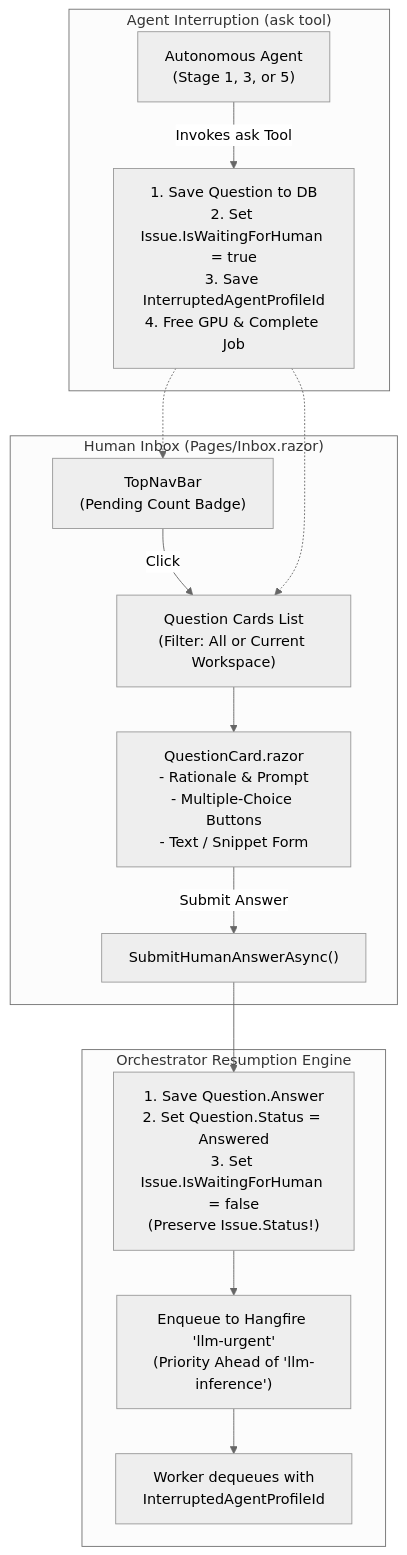
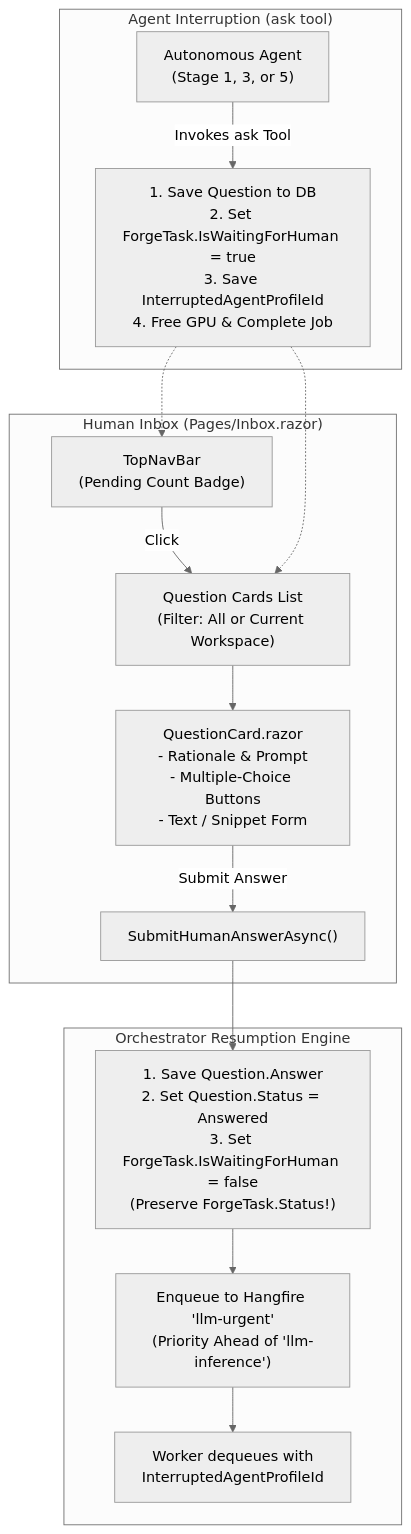
The diagram in docs/plan/phase-5/STEP_5_6_HUMAN_IN_THE_LOOP_INBOX.md (jetelain/NightCodeForge), drawn with Mermaid (neutral theme) before and after one commit. The commit also changed other lines of this file and 151 other files, not shown here.

Commit message:
Issue -> Task

````diff
--- a/docs/plan/phase-5/STEP_5_6_HUMAN_IN_THE_LOOP_INBOX.md
+++ b/docs/plan/phase-5/STEP_5_6_HUMAN_IN_THE_LOOP_INBOX.md
@@ -31,21 +31,21 @@
 ```mermaid
 flowchart TD
     subgraph AgentInterruption ["Agent Interruption (ask tool)"]
-        Agent["Autonomous Agent\n(Stage 1, 3, or 5)"] -->|Invokes ask Tool| Interrupt["1. Save Question to DB\n2. Set Issue.IsWaitingForHuman = true\n3. Save InterruptedAgentProfileId\n4. Free GPU & Complete Job"]
+        Agent["Autonomous Agent\n(Stage 1, 3, or 5)"] -->|Invokes ask Tool| Interrupt["1. Save Question to DB\n2. Set ForgeTask.IsWaitingForHuman = true\n3. Save InterruptedAgentProfileId\n4. Free GPU & Complete Job"]
     end
 
     subgraph InboxUI ["Human Inbox (Pages/Inbox.razor)"]
         TopNavPill["TopNavBar\n(Pending Count Badge)"] -->|Click| InboxList["Question Cards List\n(Filter: All or Current Workspace)"]
         InboxList --> Card["QuestionCard.razor\n- Rationale & Prompt\n- Multiple-Choice Buttons\n- Text / Snippet Form"]
         Card -->|Submit Answer| SubmitAction["SubmitHumanAnswerAsync()"]
     end
 
     subgraph OrchestratorEngine ["Orchestrator Resumption Engine"]
-        SubmitAction --> RecordAnswer["1. Save Question.Answer\n2. Set Question.Status = Answered\n3. Set Issue.IsWaitingForHuman = false\n(Preserve Issue.Status!)"]
+        SubmitAction --> RecordAnswer["1. Save Question.Answer\n2. Set Question.Status = Answered\n3. Set ForgeTask.IsWaitingForHuman = false\n(Preserve ForgeTask.Status!)"]
         RecordAnswer --> EnqueueUrgent["Enqueue to Hangfire 'llm-urgent'\n(Priority Ahead of 'llm-inference')"]
         EnqueueUrgent --> ResumeWorker["Worker dequeues with\nInterruptedAgentProfileId"]
     end
 
     Interrupt -.-> TopNavPill
     Interrupt -.-> InboxList
 ```
````
